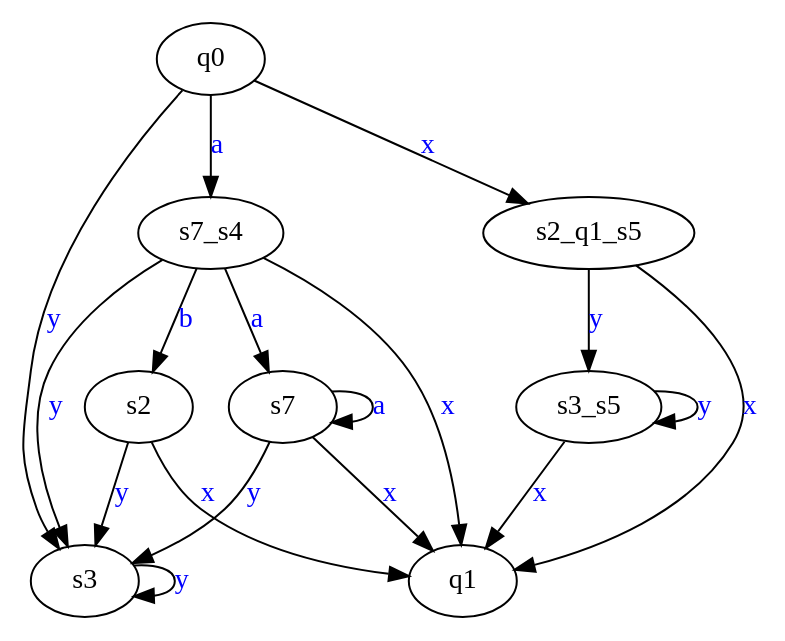
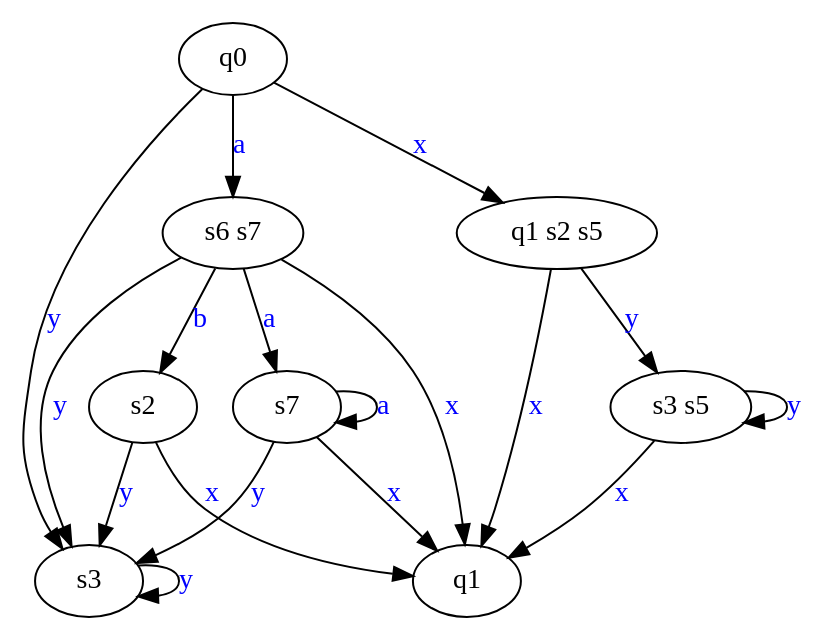
Before and after one commit to SmartPhoneJava/compiler-design: the diagram in assets/v5.dot, drawn with Graphviz. The commit also changed 17 other files, not shown here.

```diff
--- a/assets/v5.dot
+++ b/assets/v5.dot
@@ -1,28 +1,28 @@
 digraph G {
-	s7_s4->s2[ label=<<font color="blue">b</font>> ];
-	s7->s7[ label=<<font color="blue">a</font>> ];
-	s3_s5->q1[ label=<<font color="blue">x</font>> ];
-	s7_s4->s3[ label=<<font color="blue">y</font>> ];
-	q0->s2_q1_s5[ label=<<font color="blue">x</font>> ];
-	s2_q1_s5->s3_s5[ label=<<font color="blue">y</font>> ];
-	s2->s3[ label=<<font color="blue">y</font>> ];
-	s3_s5->s3_s5[ label=<<font color="blue">y</font>> ];
-	q0->s7_s4[ label=<<font color="blue">a</font>> ];
-	s3->s3[ label=<<font color="blue">y</font>> ];
-	s7->s3[ label=<<font color="blue">y</font>> ];
-	s7->q1[ label=<<font color="blue">x</font>> ];
-	s7_s4->s7[ label=<<font color="blue">a</font>> ];
-	s7_s4->q1[ label=<<font color="blue">x</font>> ];
-	s2_q1_s5->q1[ label=<<font color="blue">x</font>> ];
-	s2->q1[ label=<<font color="blue">x</font>> ];
-	q0->s3[ label=<<font color="blue">y</font>> ];
+	q0->"s6 s7"[ label=<<font color="blue">a</font>> ];
+	"s6 s7"->"s7"[ label=<<font color="blue">a</font>> ];
+	"q1 s2 s5"->"s3 s5"[ label=<<font color="blue">y</font>> ];
+	"s3"->"s3"[ label=<<font color="blue">y</font>> ];
+	q0->"q1 s2 s5"[ label=<<font color="blue">x</font>> ];
+	"s6 s7"->"s2"[ label=<<font color="blue">b</font>> ];
+	"s6 s7"->"q1"[ label=<<font color="blue">x</font>> ];
+	"s2"->"q1"[ label=<<font color="blue">x</font>> ];
+	"s7"->"s3"[ label=<<font color="blue">y</font>> ];
+	"s3 s5"->"s3 s5"[ label=<<font color="blue">y</font>> ];
+	q0->"s3"[ label=<<font color="blue">y</font>> ];
+	"s6 s7"->"s3"[ label=<<font color="blue">y</font>> ];
+	"q1 s2 s5"->"q1"[ label=<<font color="blue">x</font>> ];
+	"s2"->"s3"[ label=<<font color="blue">y</font>> ];
+	"s7"->"q1"[ label=<<font color="blue">x</font>> ];
+	"s7"->"s7"[ label=<<font color="blue">a</font>> ];
+	"s3 s5"->"q1"[ label=<<font color="blue">x</font>> ];
+	"q1 s2 s5";
+	"q1";
+	"s2";
+	"s3 s5";
+	"s3";
+	"s6 s7";
+	"s7";
 	q0;
-	q1;
-	s2;
-	s2_q1_s5;
-	s3;
-	s3_s5;
-	s7;
-	s7_s4;
 
 }
```
